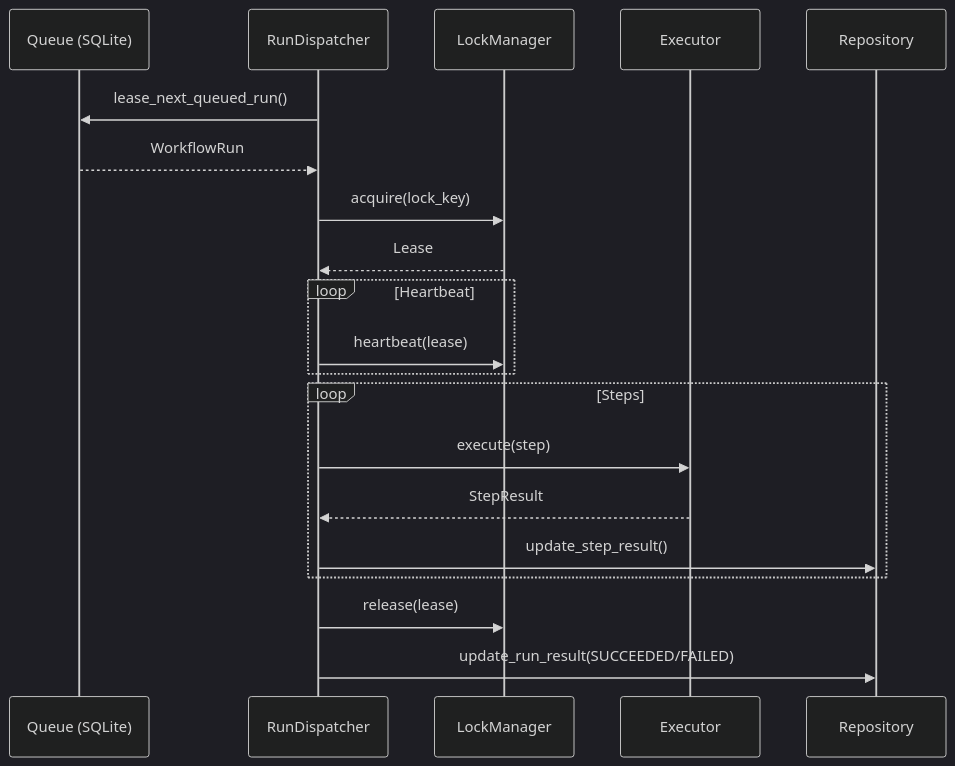
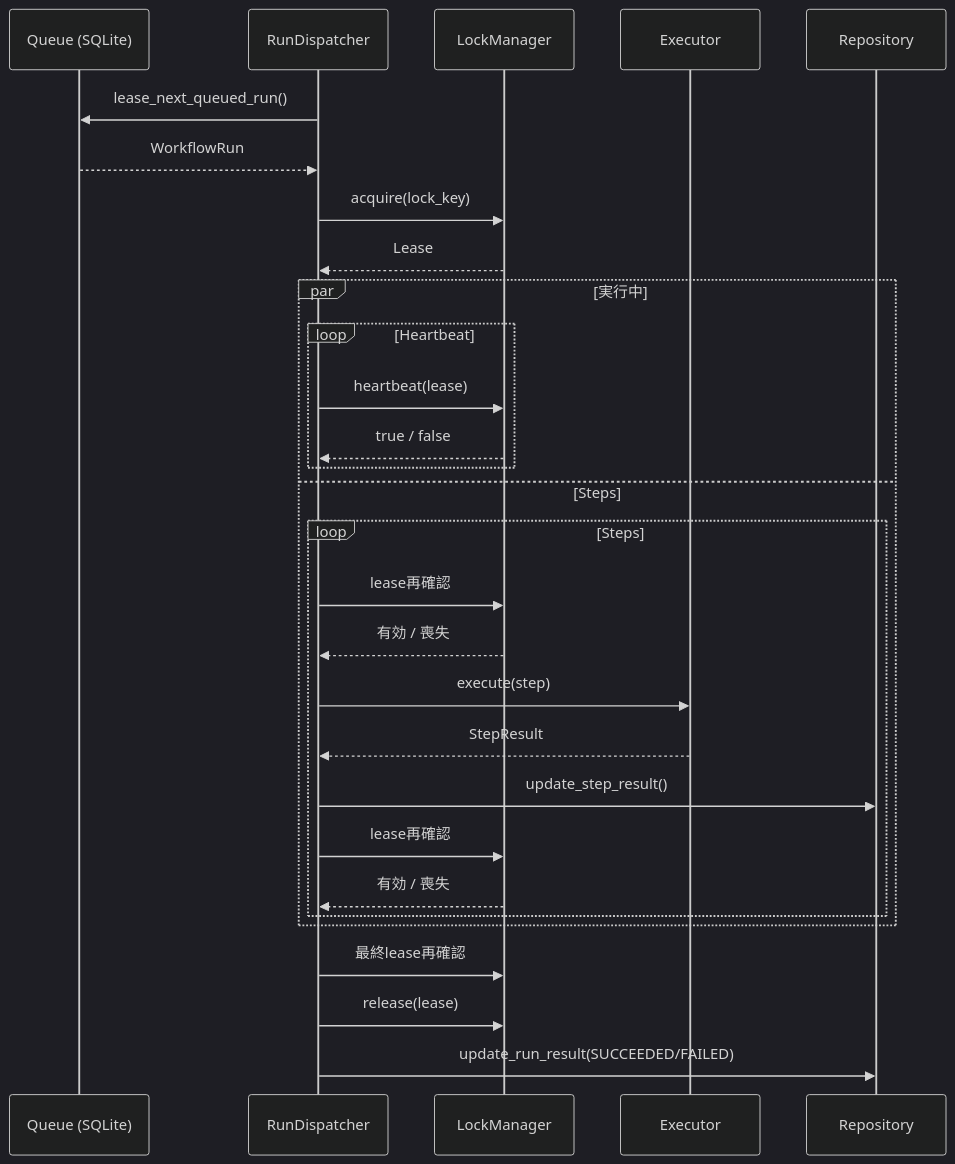
One commit to endo-ly/ego-graph changed the fourth of 8 diagrams in docs/architecture/pipelines.md. Above: the diagram before and after it, drawn with Mermaid (dark theme). The commit also changed other lines of this file and 6 other files, not shown here.

````diff
--- a/docs/architecture/pipelines.md
+++ b/docs/architecture/pipelines.md
@@ -151,23 +151,32 @@
 ```mermaid
 sequenceDiagram
     participant Q as Queue (SQLite)
     participant D as RunDispatcher
     participant L as LockManager
     participant X as Executor
     participant R as Repository
 
     D->>Q: lease_next_queued_run()
     Q-->>D: WorkflowRun
     D->>L: acquire(lock_key)
     L-->>D: Lease
-    loop Heartbeat
-        D->>L: heartbeat(lease)
+    par 実行中
+        loop Heartbeat
+            D->>L: heartbeat(lease)
+            L-->>D: true / false
+        end
+    and Steps
+        loop Steps
+            D->>L: lease再確認
+            L-->>D: 有効 / 喪失
+            D->>X: execute(step)
+            X-->>D: StepResult
+            D->>R: update_step_result()
+            D->>L: lease再確認
+            L-->>D: 有効 / 喪失
+        end
     end
-    loop Steps
-        D->>X: execute(step)
-        X-->>D: StepResult
-        D->>R: update_step_result()
-    end
+    D->>L: 最終lease再確認
     D->>L: release(lease)
     D->>R: update_run_result(SUCCEEDED/FAILED)
 ```
````
